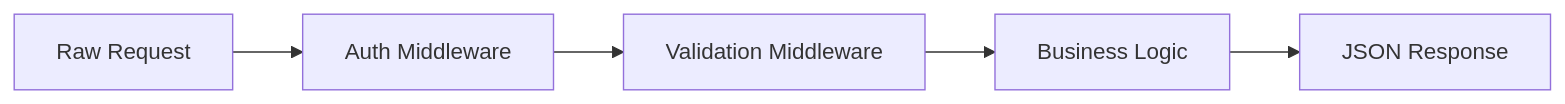
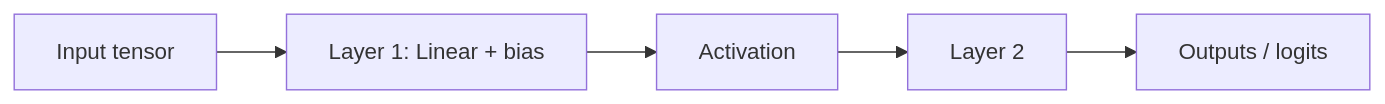
Before and after one commit to hrr2000/ai2swe: the diagram in content/tutorials/module-1/forward-pass.mdx, drawn with Mermaid. The commit also changed other lines of this file and 76 other files, not shown here.

````diff
--- a/content/tutorials/module-1/forward-pass.mdx
+++ b/content/tutorials/module-1/forward-pass.mdx
@@ -22,7 +20,7 @@
 ```mermaid
-graph LR
-    A[Raw Request] --> B[Auth Middleware]
-    B --> C[Validation Middleware]
-    C --> D[Business Logic]
-    D --> E[JSON Response]
+flowchart LR
+  x[Input tensor] --> L1[Layer 1: Linear + bias]
+  L1 --> A1[Activation]
+  A1 --> L2[Layer 2]
+  L2 --> out[Outputs / logits]
 ```
````
